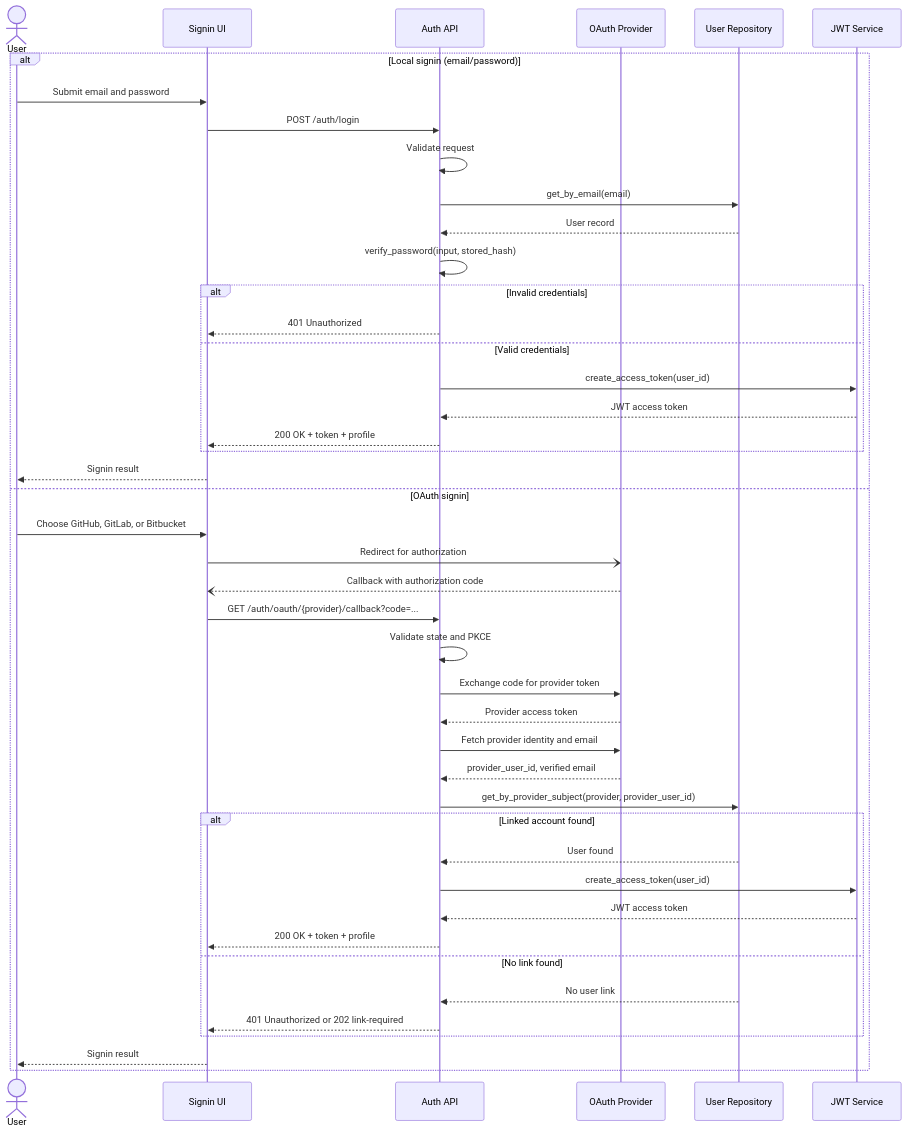
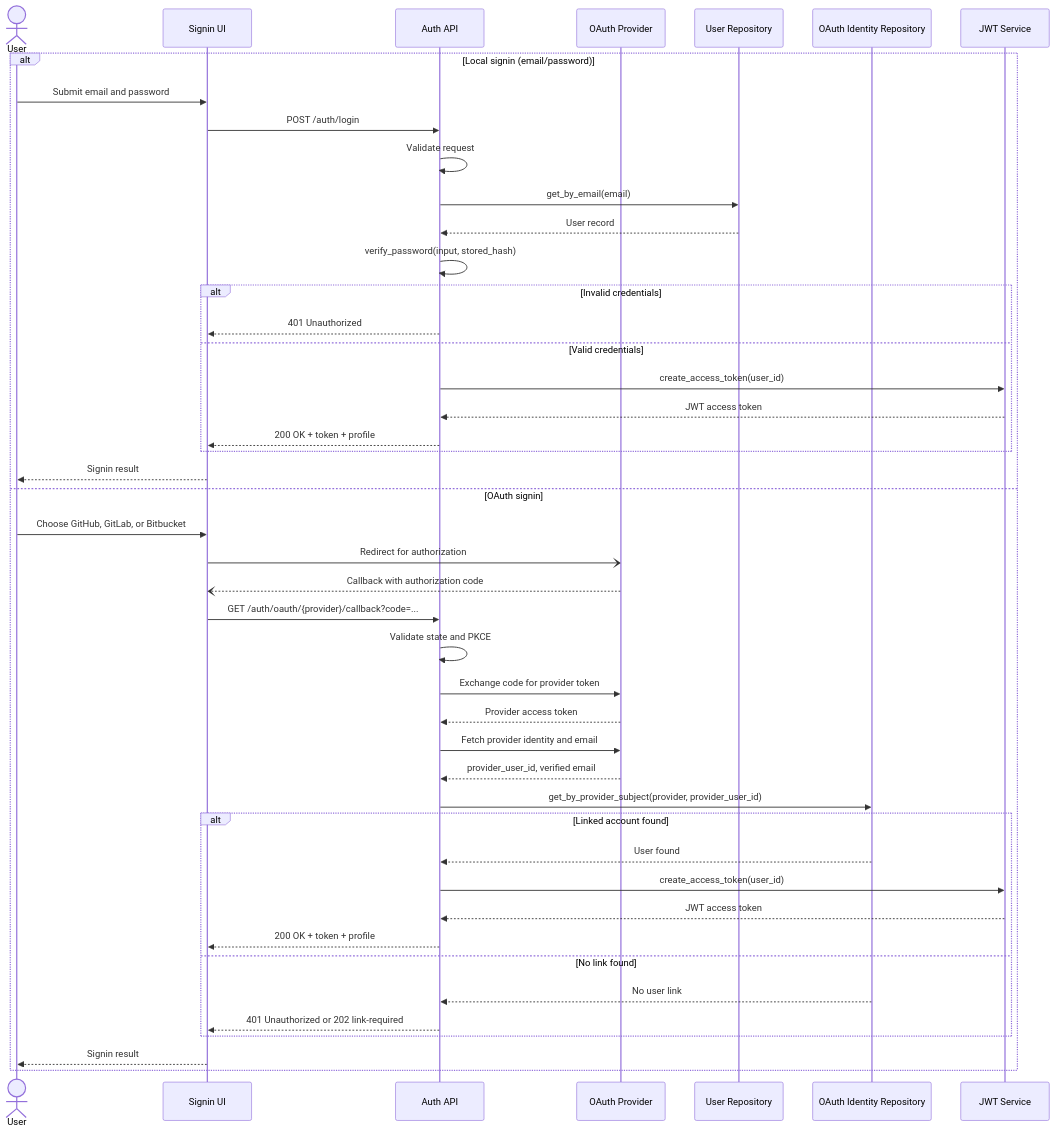
Before and after one commit to dev-clement/Open-Source-Software-Network: the diagram in backend/mod-architectures/auth/signin/sequence-diagram.md, drawn with Mermaid.

Commit message:
fix(signin): introduce OAuthRepo participant for OAuth identity-link lookup in sequence diagram
Agent-Logs-Url: https://github.com/dev-clement/Open-Source-Software-Network/sessions/2a8cae28-3df3-4781-a63f-2fac92c793f6

````diff
--- a/backend/mod-architectures/auth/signin/sequence-diagram.md
+++ b/backend/mod-architectures/auth/signin/sequence-diagram.md
@@ -8,47 +8,48 @@
 ```mermaid
 sequenceDiagram
     actor User
     participant Client as Signin UI
     participant Auth as Auth API
     participant Provider as OAuth Provider
     participant Repo as User Repository
+    participant OAuthRepo as OAuth Identity Repository
     participant Token as JWT Service
 
     alt Local signin (email/password)
         User->>Client: Submit email and password
         Client->>Auth: POST /auth/login
         Auth->>Auth: Validate request
         Auth->>Repo: get_by_email(email)
         Repo-->>Auth: User record
         Auth->>Auth: verify_password(input, stored_hash)
         alt Invalid credentials
             Auth-->>Client: 401 Unauthorized
         else Valid credentials
             Auth->>Token: create_access_token(user_id)
             Token-->>Auth: JWT access token
             Auth-->>Client: 200 OK + token + profile
         end
         Client-->>User: Signin result
     else OAuth signin
         User->>Client: Choose GitHub, GitLab, or Bitbucket
         Client-)Provider: Redirect for authorization
         Provider--)Client: Callback with authorization code
         Client->>Auth: GET /auth/oauth/{provider}/callback?code=...
         Auth->>Auth: Validate state and PKCE
         Auth->>Provider: Exchange code for provider token
         Provider-->>Auth: Provider access token
         Auth->>Provider: Fetch provider identity and email
         Provider-->>Auth: provider_user_id, verified email
-        Auth->>Repo: get_by_provider_subject(provider, provider_user_id)
+        Auth->>OAuthRepo: get_by_provider_subject(provider, provider_user_id)
         alt Linked account found
-            Repo-->>Auth: User found
+            OAuthRepo-->>Auth: User found
             Auth->>Token: create_access_token(user_id)
             Token-->>Auth: JWT access token
             Auth-->>Client: 200 OK + token + profile
         else No link found
-            Repo-->>Auth: No user link
+            OAuthRepo-->>Auth: No user link
             Auth-->>Client: 401 Unauthorized or 202 link-required
         end
         Client-->>User: Signin result
     end
 ```
````
